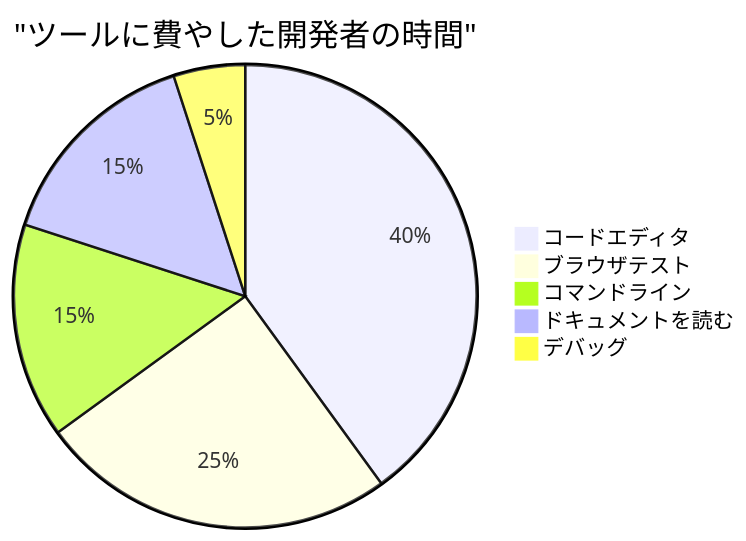
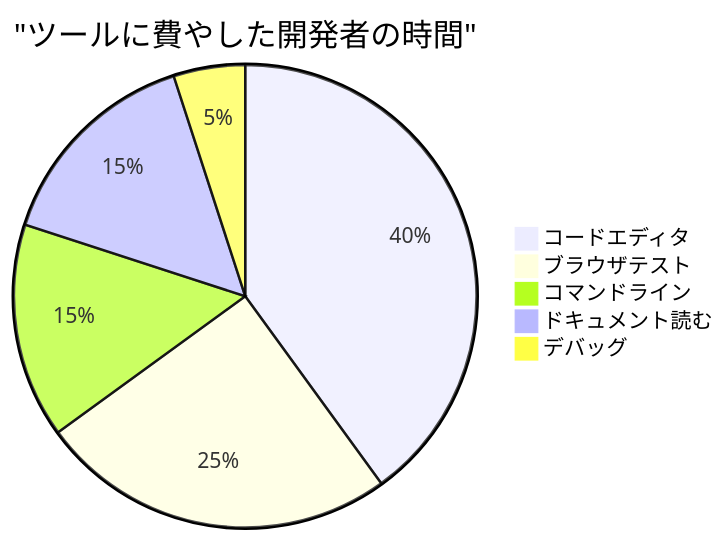
One commit to microsoft/Web-Dev-For-Beginners changed the sixth of 7 diagrams in translations/ja/1-getting-started-lessons/1-intro-to-programming-languages/README.md. Above: the diagram before and after it, drawn with Mermaid. The commit also changed other lines of this file and 8 other files, not shown here.

````diff
--- a/translations/ja/1-getting-started-lessons/1-intro-to-programming-languages/README.md
+++ b/translations/ja/1-getting-started-lessons/1-intro-to-programming-languages/README.md
@@ -713,8 +711,8 @@
 ```mermaid
 pie title "ツールに費やした開発者の時間"
     "コードエディタ" : 40
     "ブラウザテスト" : 25
     "コマンドライン" : 15
-    "ドキュメントを読む" : 15
+    "ドキュメント読む" : 15
     "デバッグ" : 5
 ```
````
